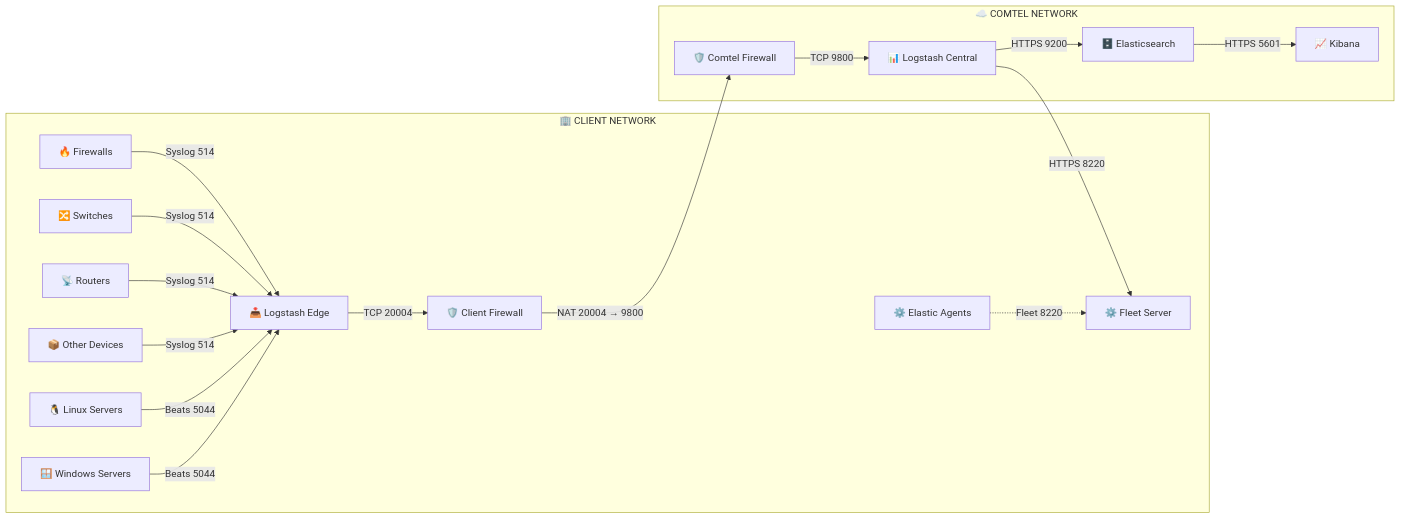
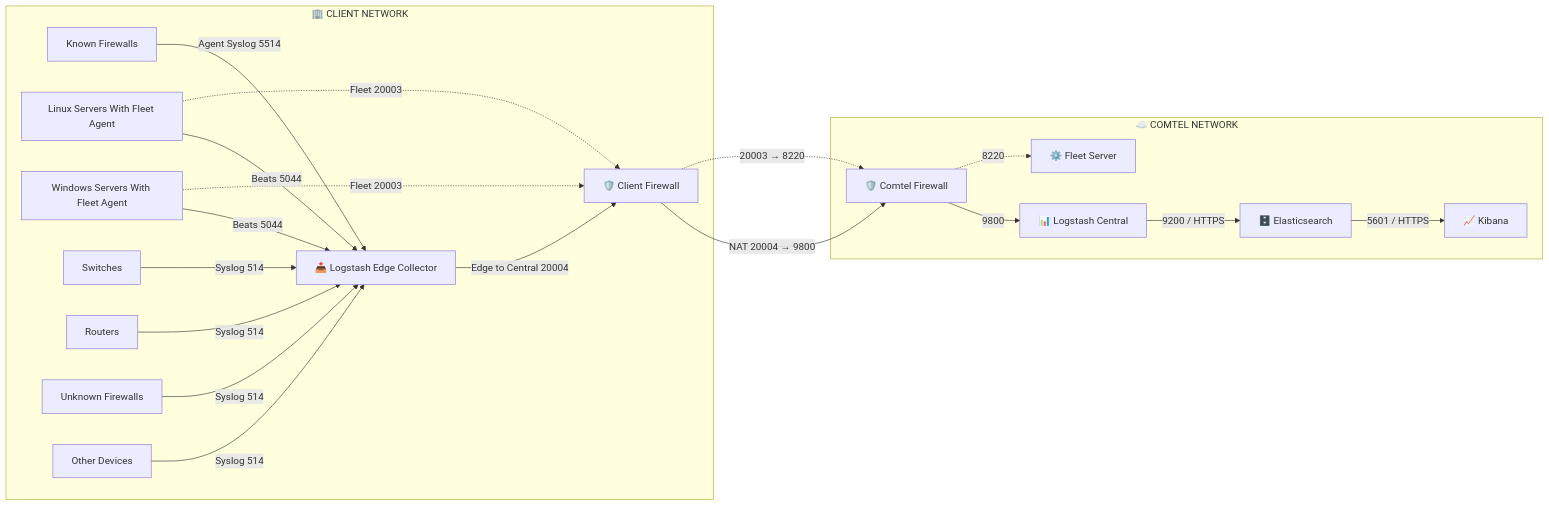
Before and after one commit to bhautik-comtel/ELK-config: the diagram in README.md, drawn with Mermaid. The commit also changed other lines of this file, not shown here.

````diff
--- a/README.md
+++ b/README.md
@@ -23,60 +59,62 @@
 ```mermaid
 flowchart LR
 
 %% =========================
 %% CLIENT NETWORK
 %% =========================
 subgraph CLIENT["🏢 CLIENT NETWORK"]
 
-    FW["🔥 Firewalls"]
-    LNX["🐧 Linux Servers"]
-    WIN["🪟 Windows Servers"]
-    SW["🔀 Switches"]
-    RTR["📡 Routers"]
-    OTH["📦 Other Devices"]
+    KFW["Known Firewalls"]
+    LNX["Linux Servers With Fleet Agent"]
+    WIN["Windows Servers With Fleet Agent"]
+    SW["Switches"]
+    RTR["Routers"]
+    UFW["Unknown Firewalls"]
+    OTH["Other Devices"]
 
-    AG["⚙️ Elastic Agents"]
+    EDGE["📥 Logstash Edge Collector"]
 
-    EDGE["📥 Logstash Edge"]
-
-    FW -->|"Syslog 514"| EDGE
+    KFW -->|"Agent Syslog 5514"| EDGE
+    LNX -->|"Beats 5044"| EDGE
+    WIN -->|"Beats 5044"| EDGE
     SW -->|"Syslog 514"| EDGE
     RTR -->|"Syslog 514"| EDGE
+    UFW -->|"Syslog 514"| EDGE
     OTH -->|"Syslog 514"| EDGE
-
-    LNX -->|"Beats 5044"| EDGE
-    WIN -->|"Beats 5044"| EDGE
-
-    AG -.->|"Fleet 8220"| FLEET
 
     CFW["🛡️ Client Firewall"]
 
-    EDGE -->|"TCP 20004"| CFW
+    EDGE -->|"Edge to Central 20004"| CFW
+
+    LNX -.->|"Fleet 20003"| CFW
+    WIN -.->|"Fleet 20003"| CFW
 end
 
 %% =========================
 %% COMTEL NETWORK
 %% =========================
 subgraph COMTEL["☁️ COMTEL NETWORK"]
 
     COMFW["🛡️ Comtel Firewall"]
 
     CENTRAL["📊 Logstash Central"]
 
+    FLEET["⚙️ Fleet Server"]
+
     ES["🗄️ Elasticsearch"]
 
     KB["📈 Kibana"]
 
-    FLEET["⚙️ Fleet Server"]
+    COMFW -->|"9800"| CENTRAL
 
-    COMFW -->|"TCP 9800"| CENTRAL
+    CENTRAL -->|"9200 / HTTPS"| ES
 
-    CENTRAL -->|"HTTPS 9200"| ES
+    ES -->|"5601 / HTTPS"| KB
 
-    ES -->|"HTTPS 5601"| KB
-
-    CENTRAL -->|"HTTPS 8220"| FLEET
+    COMFW -.->|"8220"| FLEET
 end
 
 CFW -->|"NAT 20004 → 9800"| COMFW
+
+CFW -.->|"20003 → 8220"| COMFW
 ```
````
